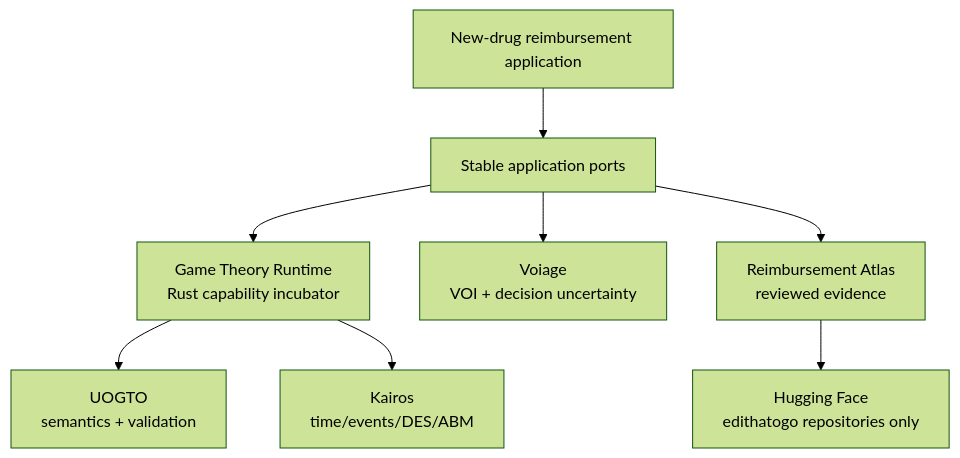
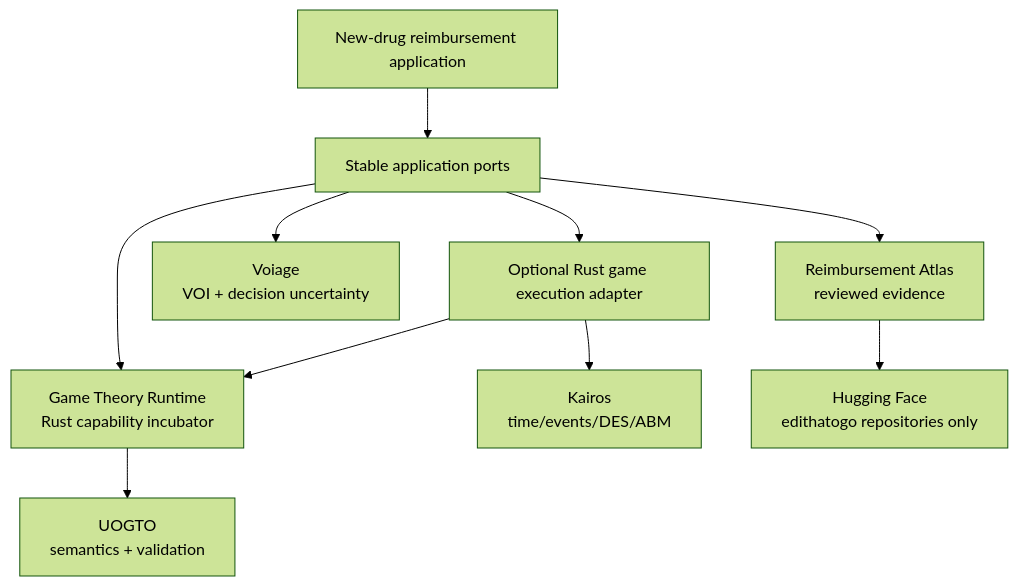
Before and after one commit to edithatogo/new-drug-reimbursement-game: the diagram in README.md, drawn with Mermaid (forest theme). The commit also changed other lines of this file and 4 other files, not shown here.

First line of the commit message:
Qualify static game packages independently of optional simulation (#102)

````diff
--- a/README.md
+++ b/README.md
@@ -38,19 +38,22 @@
 ```mermaid
 flowchart TB
   APP[New-drug reimbursement application]
   PORTS[Stable application ports]
   GT[Game Theory Runtime\nRust capability incubator]
+  GAME_ADAPTER[Optional Rust game execution adapter]
   UOGTO[UOGTO\nsemantics + validation]
   KAIROS[Kairos\ntime/events/DES/ABM]
   VOI[Voiage\nVOI + decision uncertainty]
   ATLAS[Reimbursement Atlas\nreviewed evidence]
   HF[Hugging Face\nedithatogo repositories only]
 
   APP --> PORTS
   PORTS --> GT
   GT --> UOGTO
-  GT --> KAIROS
+  PORTS --> GAME_ADAPTER
+  GAME_ADAPTER --> GT
+  GAME_ADAPTER --> KAIROS
   PORTS --> VOI
   PORTS --> ATLAS
   ATLAS --> HF
 ```
````
